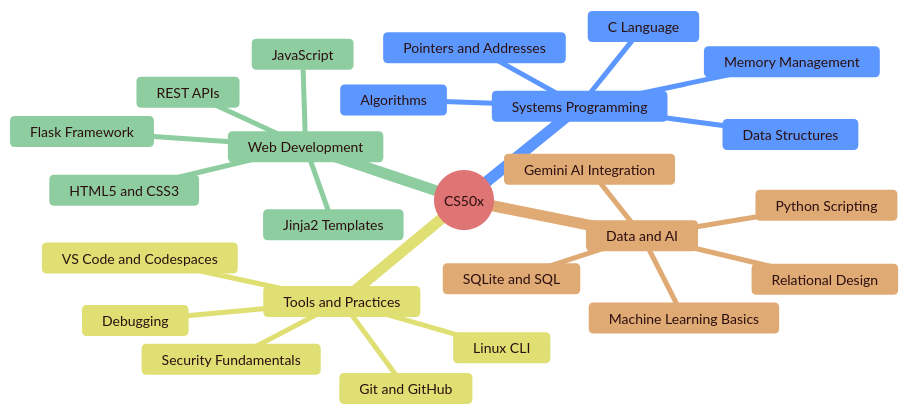
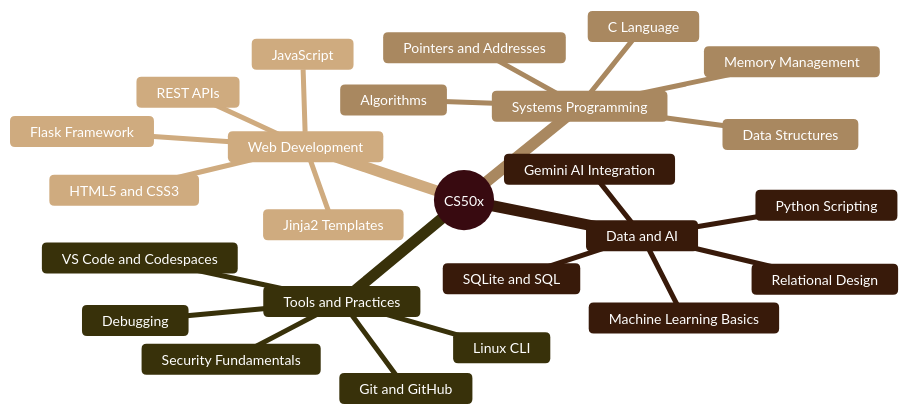
One commit to bavish007/cs50x changed the diagram in README.md. Above: the diagram before and after it, drawn with Mermaid. The commit also changed other lines of this file, not shown here.

Commit message:
Improve mindmap contrast for Skills Covered section

````diff
--- a/README.md
+++ b/README.md
@@ -197,39 +1,39 @@
 ```mermaid
 %%{init: {'theme': 'base', 'themeVariables': {
-  'primaryColor': '#f7dcdc',
-  'primaryTextColor': '#2c0f0f',
-  'primaryBorderColor': '#8B0000',
-  'secondaryColor': '#dbe8ff',
-  'secondaryTextColor': '#102b54',
-  'tertiaryColor': '#e6f4ea',
-  'tertiaryTextColor': '#1d3a21',
-  'lineColor': '#8B0000',
+  'primaryColor': '#A51C30',
+  'primaryTextColor': '#ffffff',
+  'primaryBorderColor': '#7f1010',
+  'secondaryColor': '#d6c6b3',
+  'secondaryTextColor': '#2b1a12',
+  'tertiaryColor': '#f2e8dc',
+  'tertiaryTextColor': '#2b1a12',
+  'lineColor': '#7f1010',
   'fontSize': '14px'
 }}}%%
 mindmap
   root((CS50x))
     Systems Programming
       C Language
       Memory Management
       Pointers and Addresses
       Data Structures
       Algorithms
     Web Development
       HTML5 and CSS3
       JavaScript
       Flask Framework
       Jinja2 Templates
       REST APIs
     Data and AI
       SQLite and SQL
       Relational Design
       Python Scripting
       Gemini AI Integration
       Machine Learning Basics
     Tools and Practices
       Git and GitHub
       Linux CLI
       VS Code and Codespaces
       Debugging
       Security Fundamentals
 ```
````
